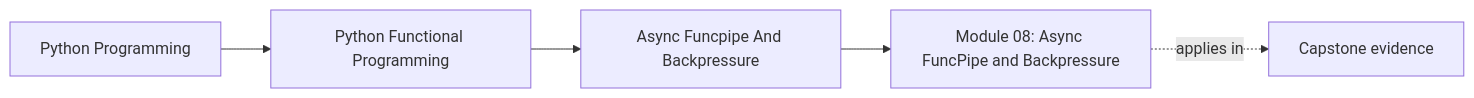
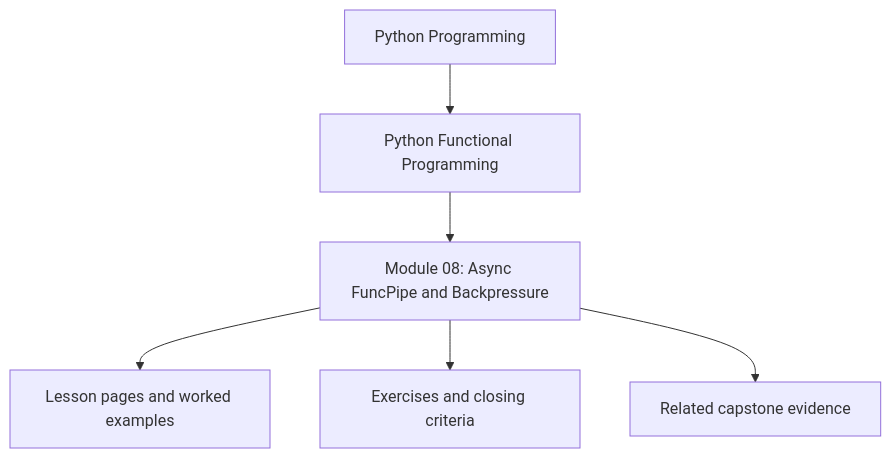
The first of 2 diagrams in programs/python-programming/python-functional-programming/course-book/module-08-async-funcpipe-and-backpressure/index.md (bijux/bijux-masterclass), drawn with Mermaid before and after one commit. The commit also changed other lines of this file and 10 other files, not shown here.

Commit message:
docs(python-functional-programming): reposition module overview diagrams

````diff
--- a/programs/python-programming/python-functional-programming/course-book/module-08-async-funcpipe-and-backpressure/index.md
+++ b/programs/python-programming/python-functional-programming/course-book/module-08-async-funcpipe-and-backpressure/index.md
@@ -7,11 +7,8 @@
 ```mermaid
-graph LR
-  family["Python Programming"]
-  program["Python Functional Programming"]
-  section["Async Funcpipe And Backpressure"]
-  page["Module 08: Async FuncPipe and Backpressure"]
-  capstone["Capstone evidence"]
-
-  family --> program --> section --> page
-  page -.applies in.-> capstone
+flowchart TD
+  family["Python Programming"] --> program["Python Functional Programming"]
+  program --> module["Module 08: Async FuncPipe and Backpressure"]
+  module --> lessons["Lesson pages and worked examples"]
+  module --> checkpoints["Exercises and closing criteria"]
+  module --> capstone["Related capstone evidence"]
 ```
````
